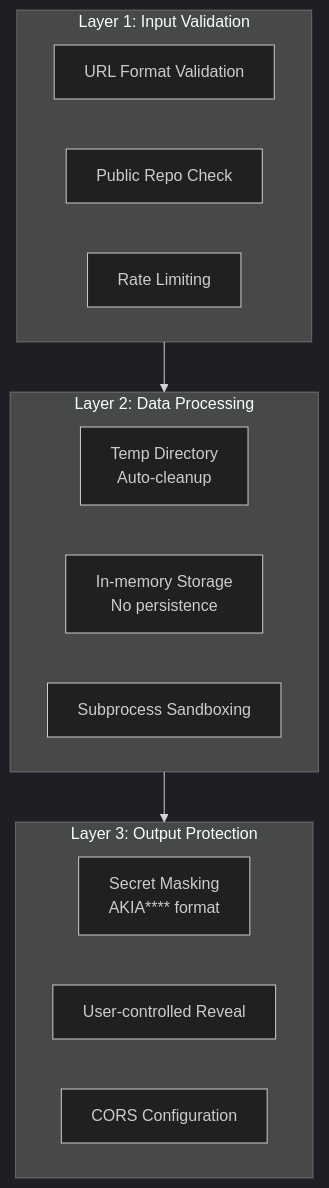
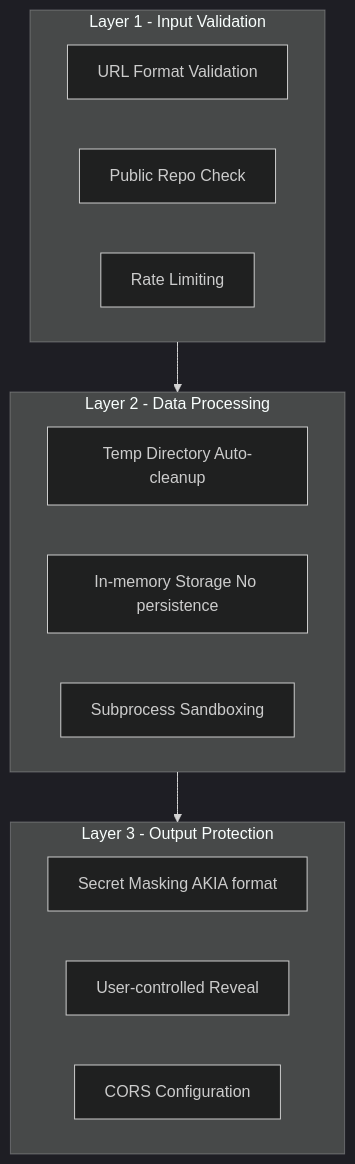
One commit to alamshoaib134/git-secret-scanner changed the seventh of 11 diagrams in architecture/HLD.md. Above: the diagram before and after it, drawn with Mermaid (dark theme). The commit also changed other lines of this file and 1 other file, not shown here.

First line of the commit message:
Fix Mermaid syntax errors in architecture diagrams

````diff
--- a/architecture/HLD.md
+++ b/architecture/HLD.md
@@ -186,22 +183,22 @@
 ```mermaid
 flowchart TB
-    subgraph L1["Layer 1: Input Validation"]
-        V1[URL Format Validation]
-        V2[Public Repo Check]
-        V3[Rate Limiting]
+    subgraph L1["Layer 1 - Input Validation"]
+        V1["URL Format Validation"]
+        V2["Public Repo Check"]
+        V3["Rate Limiting"]
     end
 
-    subgraph L2["Layer 2: Data Processing"]
-        P1[Temp Directory<br/>Auto-cleanup]
-        P2[In-memory Storage<br/>No persistence]
-        P3[Subprocess Sandboxing]
+    subgraph L2["Layer 2 - Data Processing"]
+        P1["Temp Directory Auto-cleanup"]
+        P2["In-memory Storage No persistence"]
+        P3["Subprocess Sandboxing"]
     end
 
-    subgraph L3["Layer 3: Output Protection"]
-        O1[Secret Masking<br/>AKIA**** format]
-        O2[User-controlled Reveal]
-        O3[CORS Configuration]
+    subgraph L3["Layer 3 - Output Protection"]
+        O1["Secret Masking AKIA format"]
+        O2["User-controlled Reveal"]
+        O3["CORS Configuration"]
     end
 
     L1 --> L2 --> L3
 ```
````
